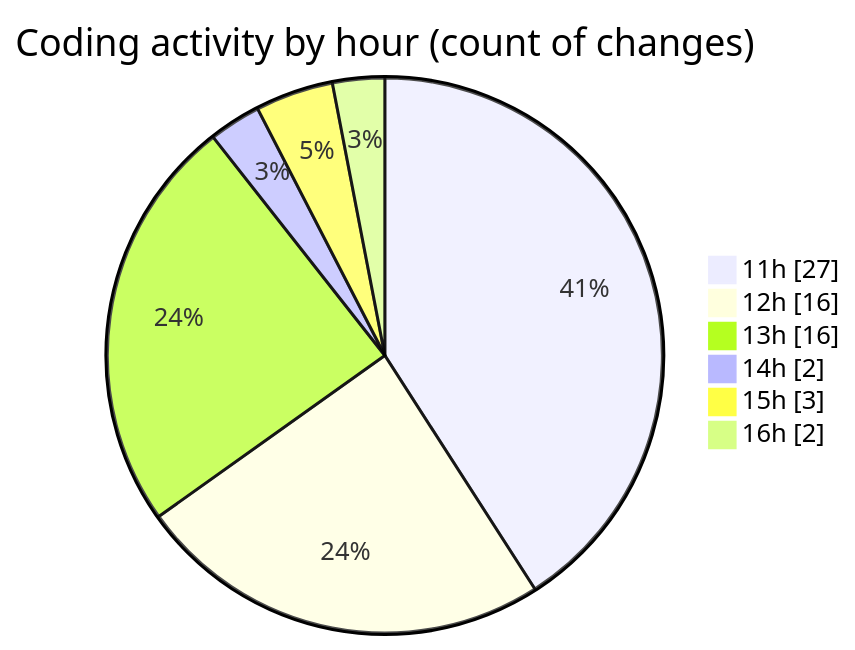
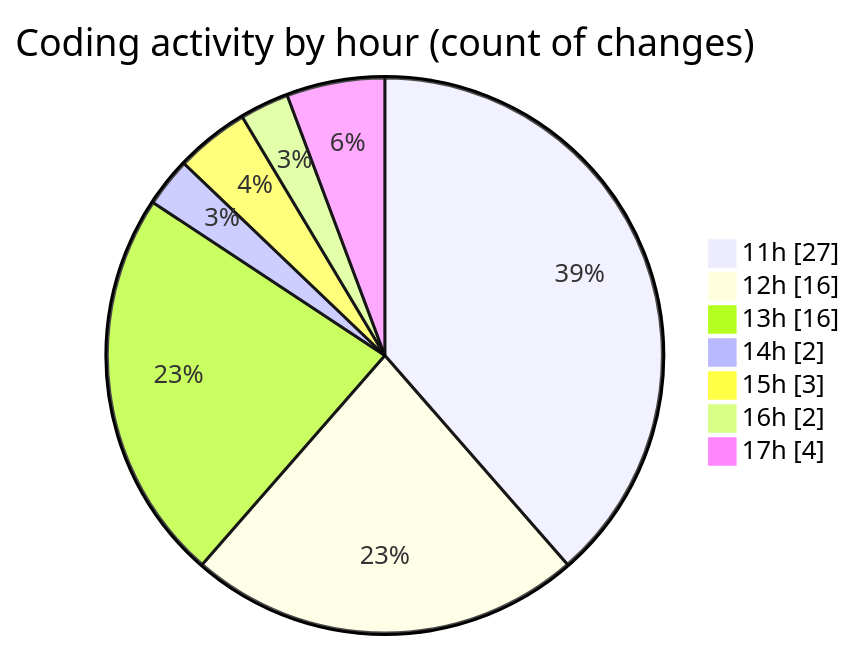
The second of 2 diagrams in 2025-04-18/myws__workspace_/README.md (MatusMokan/code-tracking), drawn with Mermaid before and after one commit. The commit also changed other lines of this file and 1 other file, not shown here.

````diff
--- a/2025-04-18/myws__workspace_/README.md
+++ b/2025-04-18/myws__workspace_/README.md
@@ -30,10 +30,11 @@
 ```mermaid
 pie showData
 title Coding activity by hour (count of changes)
 "11h" : 27
 "12h" : 16
 "13h" : 16
 "14h" : 2
 "15h" : 3
 "16h" : 2
+"17h" : 4
 ```
````
